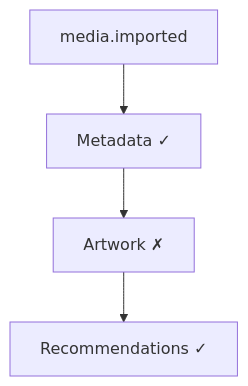
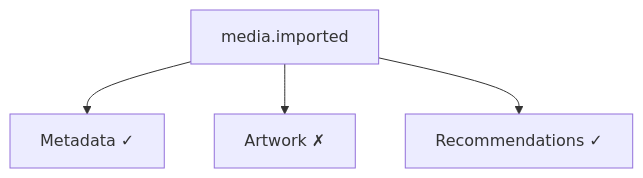
Before and after one commit to mosaic-media/architecture: the fourth of 5 diagrams in docs/engineering/guides/meg-002-event-driven-runtime/09-subscribers.md, drawn with Mermaid. The commit also changed other lines of this file and 25 other files, not shown here.

````diff
--- a/docs/engineering/guides/meg-002-event-driven-runtime/09-subscribers.md
+++ b/docs/engineering/guides/meg-002-event-driven-runtime/09-subscribers.md
@@ -253,12 +161,12 @@
 ```mermaid
 flowchart TD
 
 N1["media.imported"]
 N2["Metadata ✓"]
 N3["Artwork ✗"]
 N4["Recommendations ✓"]
 
 N1 --> N2
-N2 --> N3
-N3 --> N4
+N1 --> N3
+N1 --> N4
 ```
````
